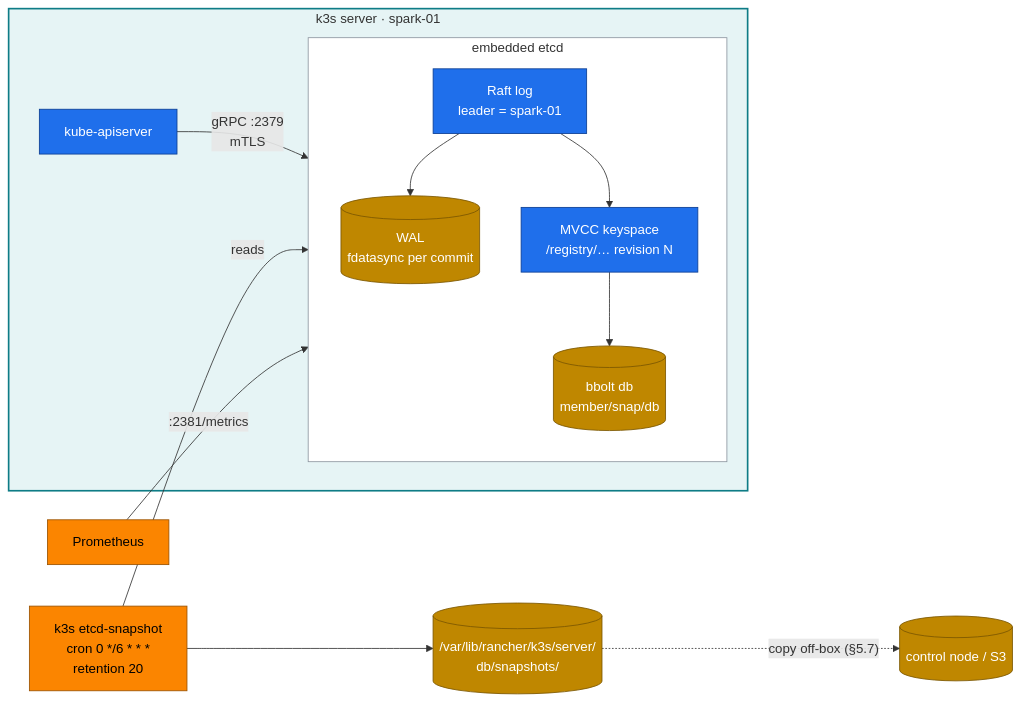
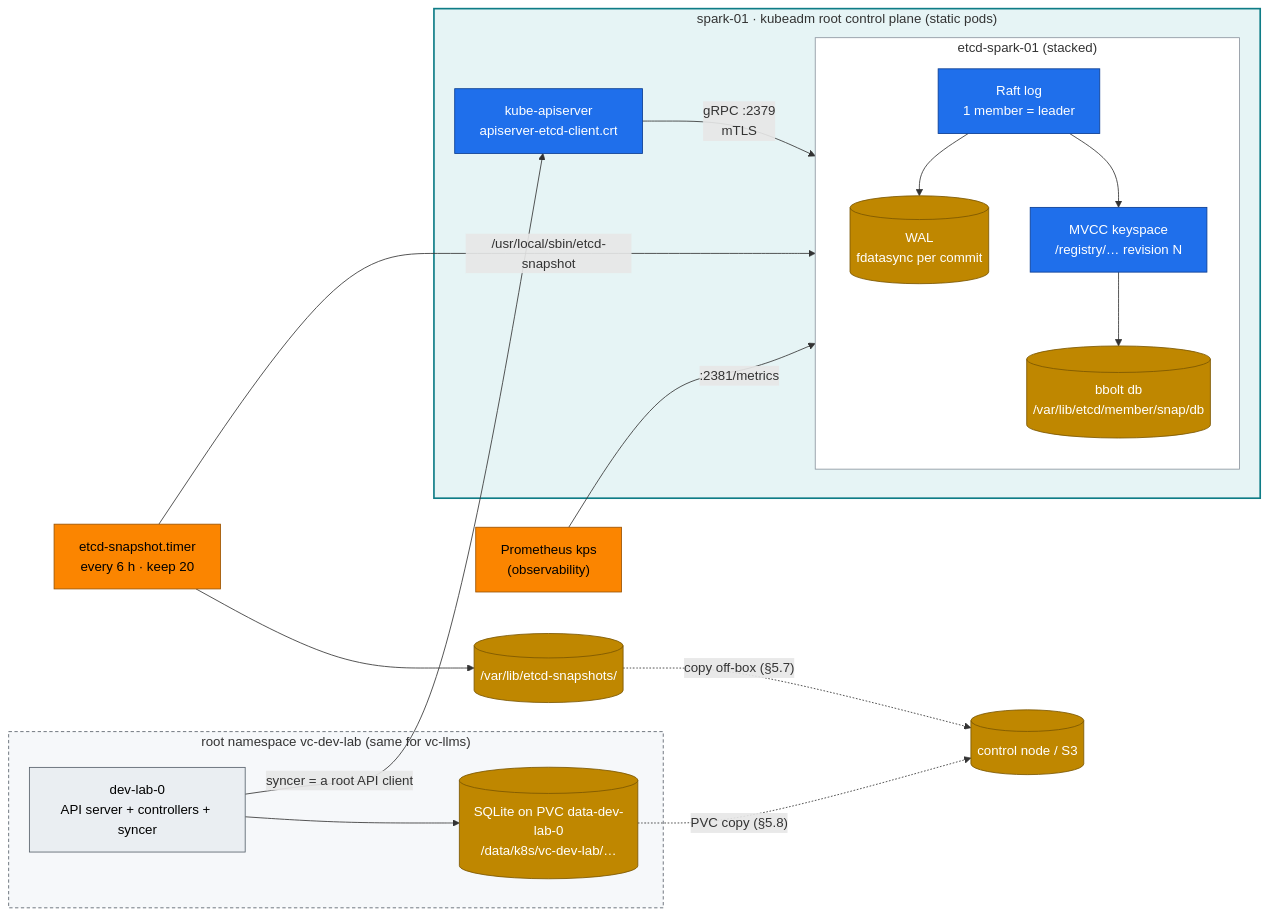
One commit to cloudone365/technical-depth changed the first of 3 diagrams in 02 Kubernetes/03-etcd-database-deep-dive.md. Above: the diagram before and after it, drawn with Mermaid. The commit also changed other lines of this file and 53 other files, not shown here.

First line of the commit message:
Rewrite 01 Ansible and 02 Kubernetes volumes for the kubeadm root + two vClusters

````diff
--- a/02 Kubernetes/03-etcd-database-deep-dive.md
+++ b/02 Kubernetes/03-etcd-database-deep-dive.md
@@ -29,24 +33,32 @@
 ```mermaid
 flowchart LR
-  subgraph K3S["k3s server · spark-01"]
-    API["kube-apiserver"] -->|"gRPC :2379<br/>mTLS"| ET
-    subgraph ET["embedded etcd"]
+  subgraph NODE["spark-01 · kubeadm root control plane (static pods)"]
+    API["kube-apiserver<br/>apiserver-etcd-client.crt"] -->|"gRPC :2379<br/>mTLS"| ET
+    subgraph ET["etcd-spark-01 (stacked)"]
       direction TB
-      RAFT["Raft log<br/>leader = spark-01"] --> WAL[("WAL<br/>fdatasync per commit")]
+      RAFT["Raft log<br/>1 member = leader"] --> WAL[("WAL<br/>fdatasync per commit")]
       RAFT --> MVCC["MVCC keyspace<br/>/registry/…  revision N"]
-      MVCC --> BOLT[("bbolt db<br/>member/snap/db")]
+      MVCC --> BOLT[("bbolt db<br/>/var/lib/etcd/member/snap/db")]
     end
   end
-  SNAP["k3s etcd-snapshot<br/>cron 0 */6 * * *<br/>retention 20"] -->|reads| ET
-  SNAP --> DISK[("/var/lib/rancher/k3s/server/<br/>db/snapshots/")]
+  TIMER["etcd-snapshot.timer<br/>every 6 h · keep 20"] -->|"/usr/local/sbin/etcd-snapshot"| ET
+  TIMER --> DISK[("/var/lib/etcd-snapshots/")]
   DISK -. "copy off-box (§5.7)" .-> NAS[("control node / S3")]
-  PROM["Prometheus"] -->|":2381/metrics"| ET
+  PROM["Prometheus kps<br/>(observability)"] -->|":2381/metrics"| ET
+  subgraph VC["root namespace vc-dev-lab (same for vc-llms)"]
+    VAPI["dev-lab-0<br/>API server + controllers + syncer"] --> SQL[("SQLite on PVC data-dev-lab-0<br/>/data/k8s/vc-dev-lab/…")]
+  end
+  VAPI -->|"syncer = a root API client"| API
+  SQL -. "PVC copy (§5.8)" .-> NAS
   classDef ctrl fill:#1f6feb,stroke:#0b3d91,color:#fff
   classDef store fill:#bf8700,stroke:#7a5600,color:#fff
   classDef obs fill:#fb8500,stroke:#9a5200,color:#000
+  classDef tenant fill:#eaeef2,stroke:#57606a,color:#000
   class API,RAFT,MVCC ctrl
-  class WAL,BOLT,DISK,NAS store
-  class PROM,SNAP obs
-  style K3S fill:#e6f4f5,stroke:#0e7c86,stroke-width:2px
+  class WAL,BOLT,DISK,NAS,SQL store
+  class PROM,TIMER obs
+  class VAPI tenant
+  style NODE fill:#e6f4f5,stroke:#0e7c86,stroke-width:2px
   style ET fill:#ffffff,stroke:#8c959f
+  style VC fill:#f6f8fa,stroke:#57606a,stroke-dasharray: 4 3
 ```
````
